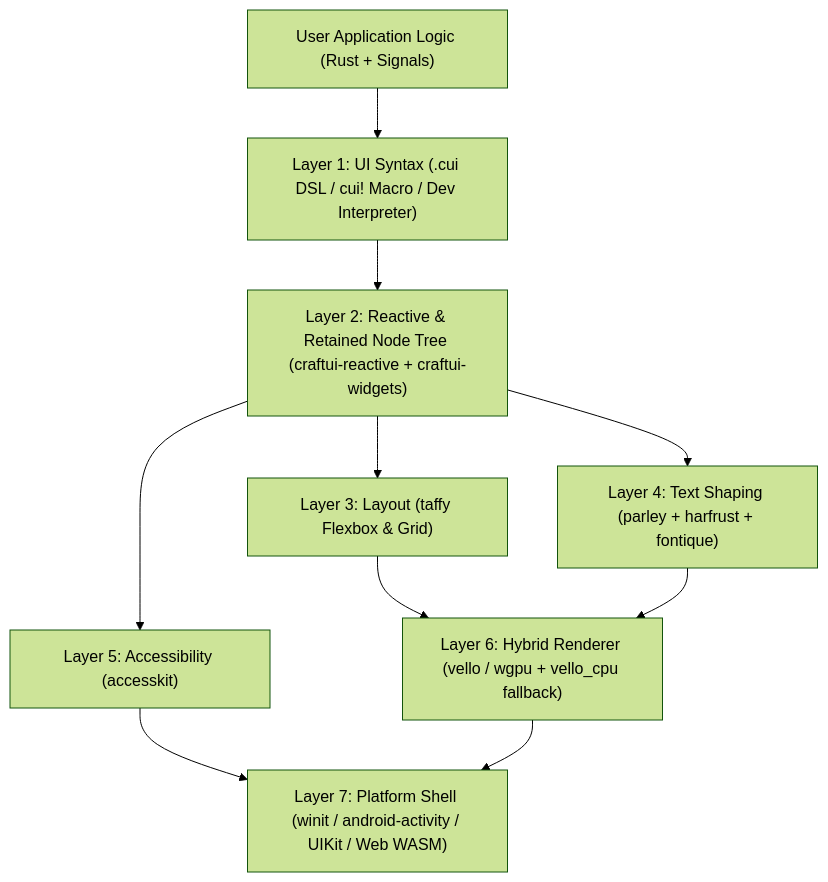
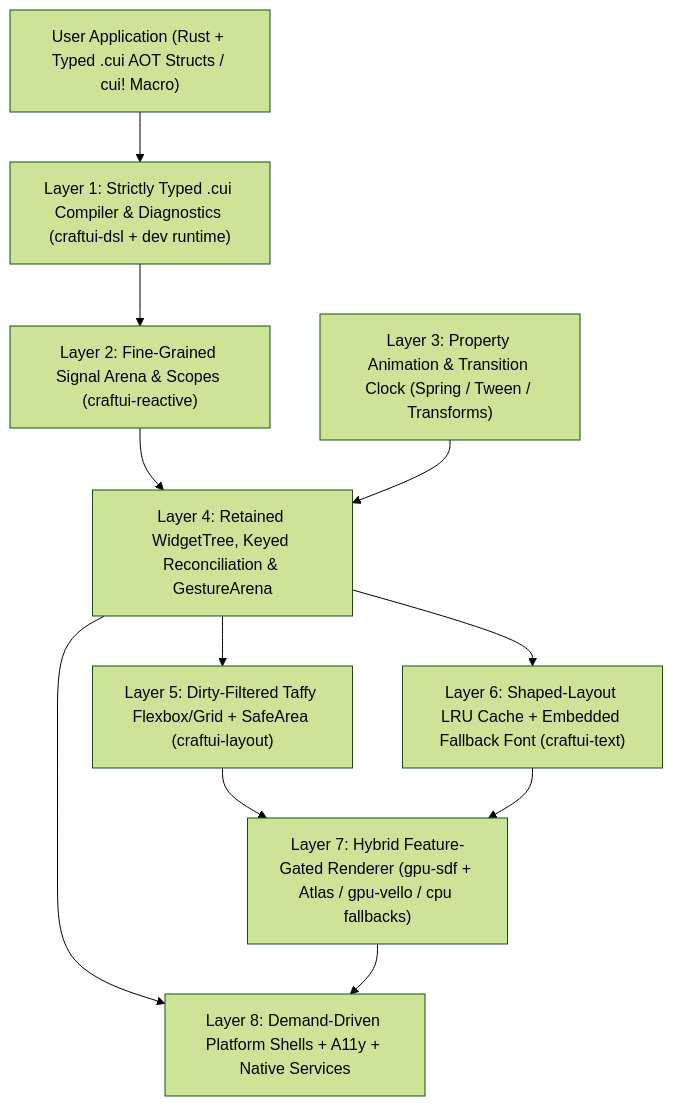
One commit to GothwadTech/Craftui changed the first of 2 diagrams in craftui_architecture.md. Above: the diagram before and after it, drawn with Mermaid (forest theme). The commit also changed other lines of this file and 4 other files, not shown here.

Commit message:
docs: update PRD, architecture, DSL spec, and add production roadmap

````diff
--- a/craftui_architecture.md
+++ b/craftui_architecture.md
@@ -13,21 +17,23 @@
 ```mermaid
 flowchart TB
-    App["User Application Logic (Rust + Signals)"]
-    DSL["Layer 1: UI Syntax (.cui DSL / cui! Macro / Dev Interpreter)"]
-    Reactive["Layer 2: Reactive & Retained Node Tree (craftui-reactive + craftui-widgets)"]
-    Layout["Layer 3: Layout (taffy Flexbox & Grid)"]
-    Text["Layer 4: Text Shaping (parley + harfrust + fontique)"]
-    A11y["Layer 5: Accessibility (accesskit)"]
-    Render["Layer 6: Hybrid Renderer (vello / wgpu + vello_cpu fallback)"]
-    Platform["Layer 7: Platform Shell (winit / android-activity / UIKit / Web WASM)"]
+    App["User Application (Rust + Typed .cui AOT Structs / cui! Macro)"]
+    DSL["Layer 1: Strictly Typed .cui Compiler & Diagnostics (craftui-dsl + dev runtime)"]
+    Reactive["Layer 2: Fine-Grained Signal Arena & Scopes (craftui-reactive)"]
+    Anim["Layer 3: Property Animation & Transition Clock (Spring / Tween / Transforms)"]
+    Widgets["Layer 4: Retained WidgetTree, Keyed Reconciliation & GestureArena"]
+    Layout["Layer 5: Dirty-Filtered Taffy Flexbox/Grid + SafeArea (craftui-layout)"]
+    Text["Layer 6: Shaped-Layout LRU Cache + Embedded Fallback Font (craftui-text)"]
+    Render["Layer 7: Hybrid Feature-Gated Renderer (gpu-sdf + Atlas / gpu-vello / cpu fallbacks)"]
+    Platform["Layer 8: Demand-Driven Platform Shells + A11y + Native Services"]
 
     App --> DSL
     DSL --> Reactive
-    Reactive --> Layout
-    Reactive --> Text
-    Reactive --> A11y
+    Reactive --> Widgets
+    Anim --> Widgets
+    Widgets --> Layout
+    Widgets --> Text
     Layout --> Render
     Text --> Render
-    A11y --> Platform
+    Widgets --> Platform
     Render --> Platform
 ```
````
